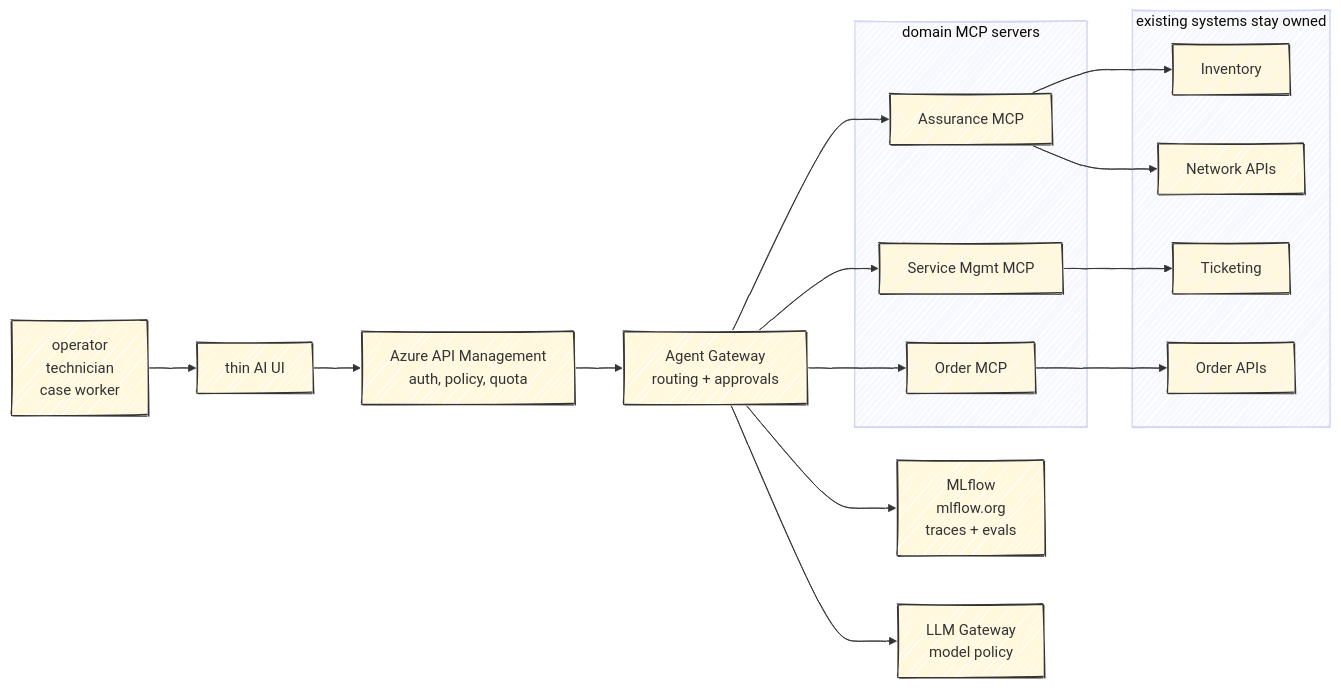
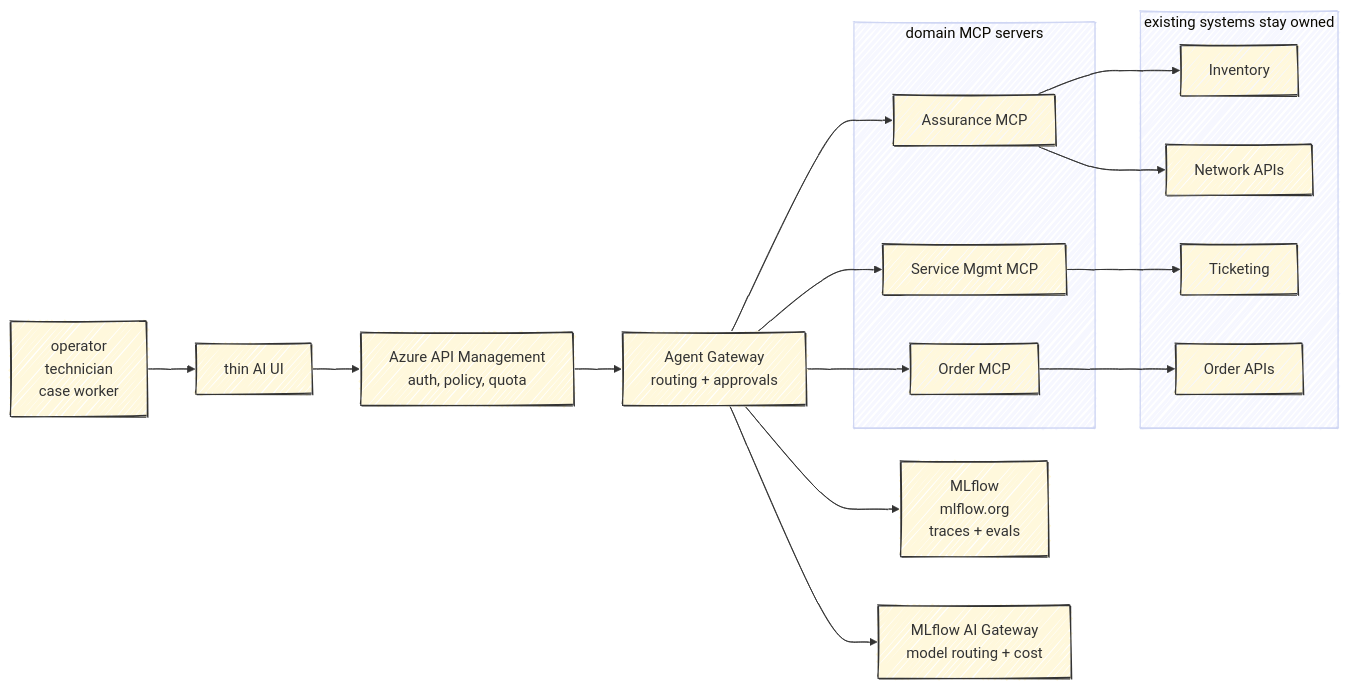
Before and after one commit to nikolajflojgaard/website: the first of 3 diagrams in src/content/blog/2026/2026-08-13-building-mcp-platform-limited-budget.mdx, drawn with Mermaid. The commit also changed other lines of this file, not shown here.

Commit message:
Clarify MLflow AI Gateway role

````diff
--- a/src/content/blog/2026/2026-08-13-building-mcp-platform-limited-budget.mdx
+++ b/src/content/blog/2026/2026-08-13-building-mcp-platform-limited-budget.mdx
@@ -117,34 +117,34 @@
 ```mermaid
 %%{init: {"look": "handDrawn", "theme": "base", "themeVariables": {"fontFamily": "Comic Sans MS, Virgil, Arial", "primaryColor": "#fff8dc", "primaryBorderColor": "#333", "lineColor": "#333"}}}%%
 flowchart LR
   user["operator<br/>technician<br/>case worker"]
   ui["thin AI UI"]
   apim["Azure API Management<br/>auth, policy, quota"]
   gateway["Agent Gateway<br/>routing + approvals"]
   mlflow["MLflow<br/>mlflow.org<br/>traces + evals"]
-  llm["LLM Gateway<br/>model policy"]
+  llm["MLflow AI Gateway<br/>model routing + cost"]
 
   subgraph mcp["domain MCP servers"]
     assurance["Assurance MCP"]
     order["Order MCP"]
     service["Service Mgmt MCP"]
   end
 
   subgraph systems["existing systems stay owned"]
     inventory["Inventory"]
     network["Network APIs"]
     tickets["Ticketing"]
     orders["Order APIs"]
   end
 
   user --> ui --> apim --> gateway
   gateway --> llm
   gateway --> mlflow
   gateway --> assurance
   gateway --> order
   gateway --> service
   assurance --> inventory
   assurance --> network
   order --> orders
   service --> tickets
 ```
````
